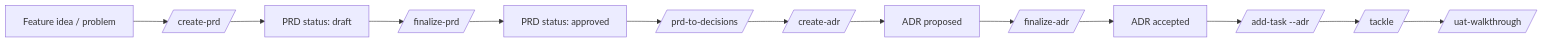
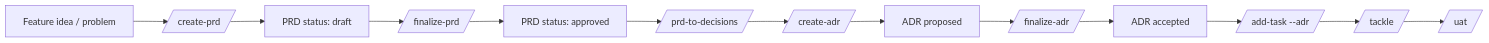
One commit to codewizard-dt/bootstrap-claude changed the first of 2 diagrams in .docs/prd/README.md. Above: the diagram before and after it, drawn with Mermaid. The commit also changed other lines of this file and 17 other files, not shown here.

Commit message:
Rename /uat-walkthrough to /uat across all skills, docs, and references

````diff
--- a/.docs/prd/README.md
+++ b/.docs/prd/README.md
@@ -36,15 +36,15 @@
 ```mermaid
 flowchart LR
     Idea[Feature idea / problem] --> CreatePRD[/create-prd/]
     CreatePRD --> Draft[PRD status: draft]
     Draft --> FinalizePRD[/finalize-prd/]
     FinalizePRD --> Approved[PRD status: approved]
     Approved --> PRDToDecisions[/prd-to-decisions/]
     PRDToDecisions --> CreateADR[/create-adr/]
     CreateADR --> ProposedADR[ADR proposed]
     ProposedADR --> FinalizeADR[/finalize-adr/]
     FinalizeADR --> AcceptedADR[ADR accepted]
     AcceptedADR --> AddTask[/add-task --adr/]
     AddTask --> Tackle[/tackle/]
-    Tackle --> UAT[/uat-walkthrough/]
+    Tackle --> UAT[/uat/]
 ```
````
